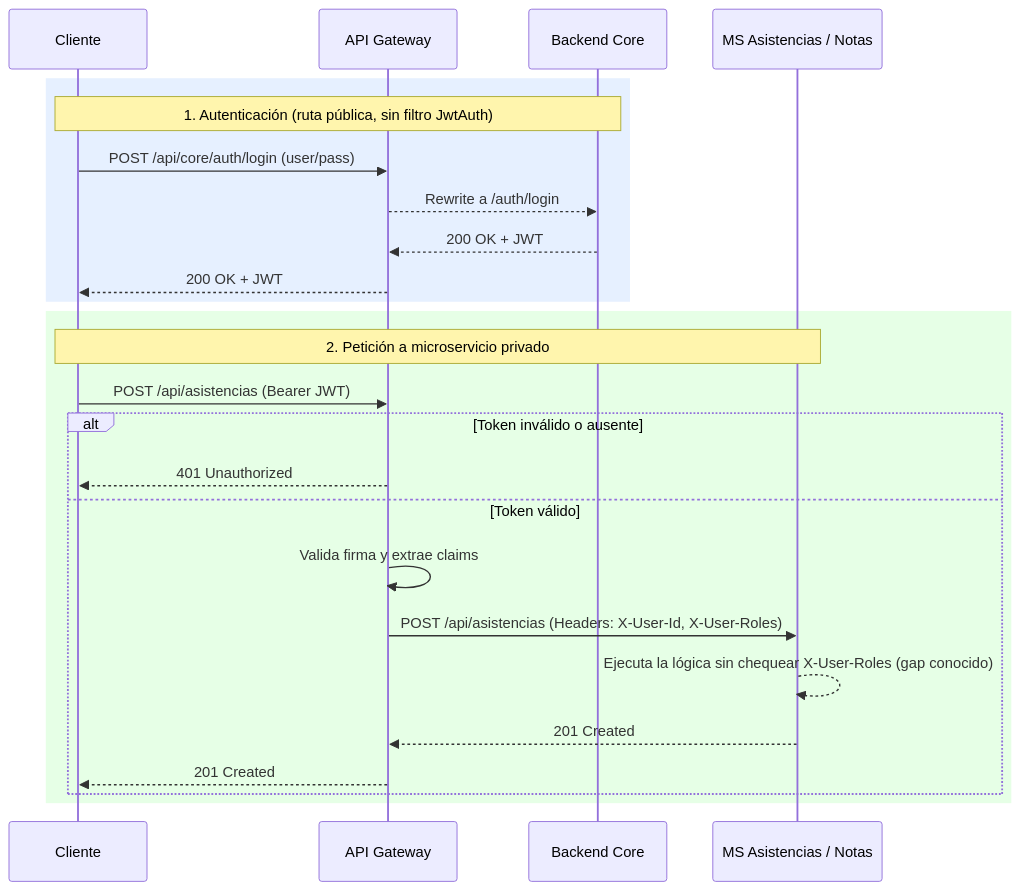
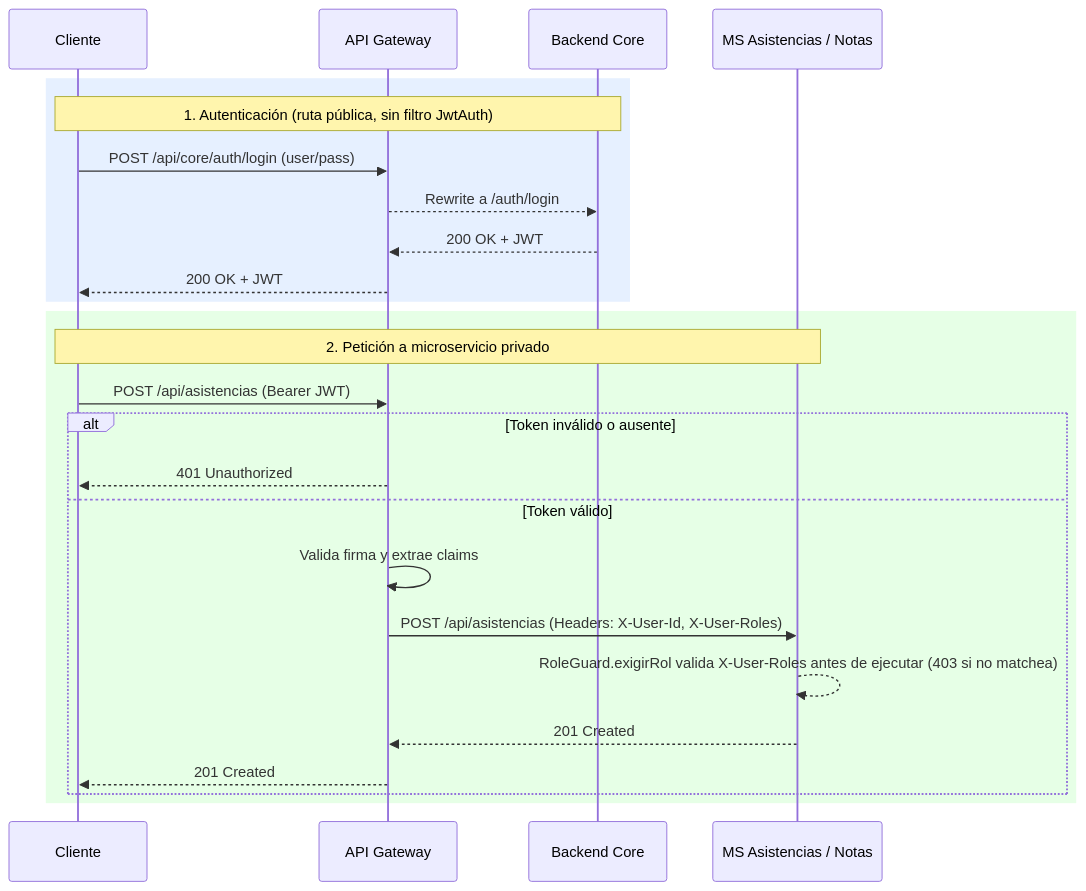
One commit to JuancaSterba/web-2026-itec changed the second of 2 diagrams in docs/04.20-Diagrama_Arquitectura.md. Above: the diagram before and after it, drawn with Mermaid. The commit also changed other lines of this file, not shown here.

Commit message:
docs: actualizar diagrama de arquitectura tras cierre del gap X-User-Roles
Refleja que ms-notas/ms-asistencias ahora chequean rol via RoleGuard
(ver .remember/PENDIENTES.md item 7, ya no es un gap conocido).

````diff
--- a/docs/04.20-Diagrama_Arquitectura.md
+++ b/docs/04.20-Diagrama_Arquitectura.md
@@ -50,30 +50,30 @@
 ```mermaid
 sequenceDiagram
     participant Cliente
     participant Gateway as API Gateway
     participant Core as Backend Core
     participant MS as MS Asistencias / Notas
 
     rect rgb(230, 240, 255)
     Note over Cliente,Core: 1. Autenticación (ruta pública, sin filtro JwtAuth)
     Cliente->>Gateway: POST /api/core/auth/login (user/pass)
     Gateway-->>Core: Rewrite a /auth/login
     Core-->>Gateway: 200 OK + JWT
     Gateway-->>Cliente: 200 OK + JWT
     end
 
     rect rgb(230, 255, 230)
     Note over Cliente,MS: 2. Petición a microservicio privado
     Cliente->>Gateway: POST /api/asistencias (Bearer JWT)
 
     alt Token inválido o ausente
         Gateway-->>Cliente: 401 Unauthorized
     else Token válido
         Gateway->>Gateway: Valida firma y extrae claims
         Gateway->>MS: POST /api/asistencias (Headers: X-User-Id, X-User-Roles)
-        MS-->>MS: Ejecuta la lógica sin chequear X-User-Roles (gap conocido)
+        MS-->>MS: RoleGuard.exigirRol valida X-User-Roles antes de ejecutar (403 si no matchea)
         MS-->>Gateway: 201 Created
         Gateway-->>Cliente: 201 Created
     end
     end
 ```
````
